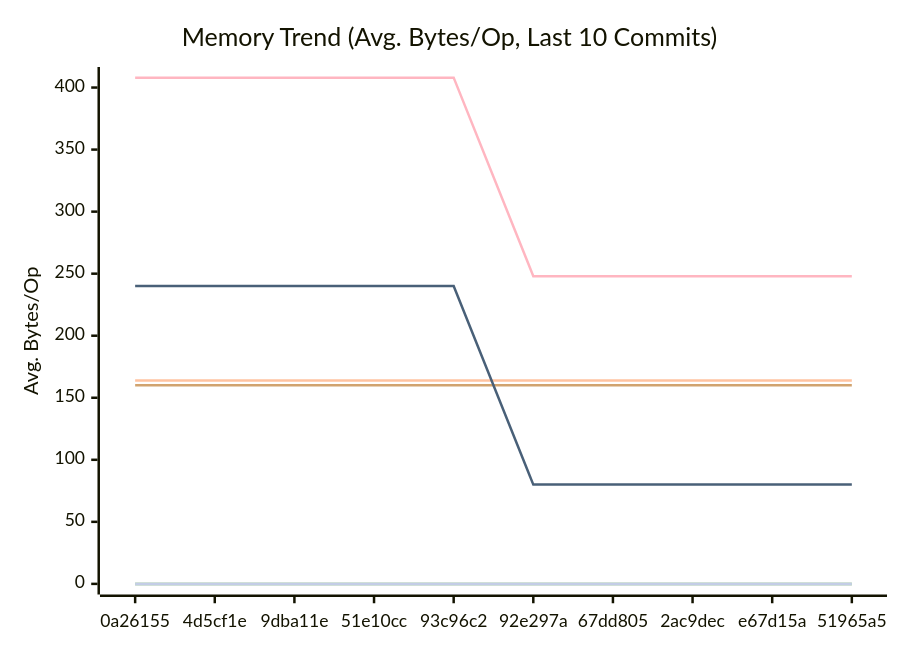
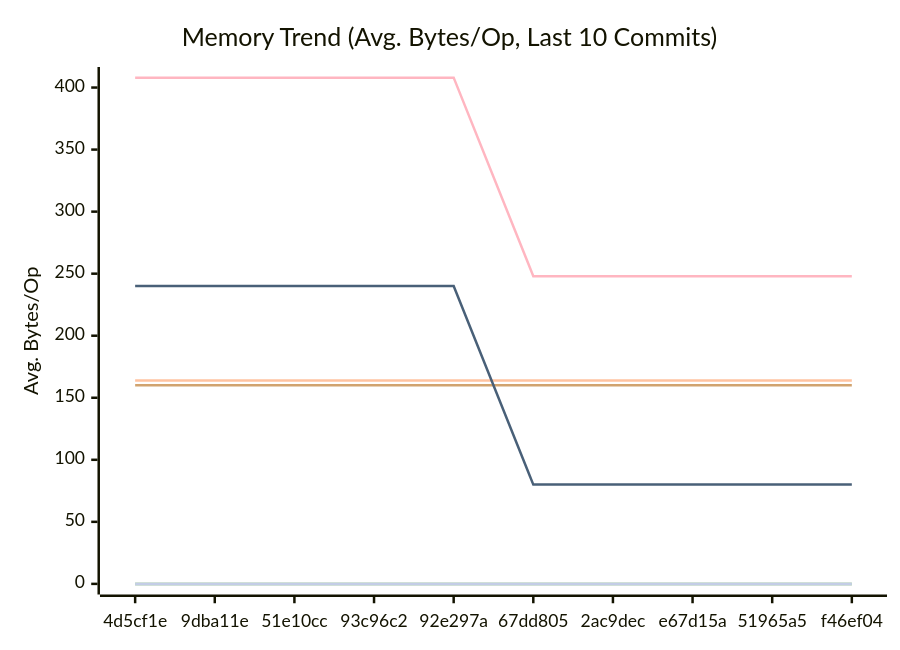
Before and after one commit to alsotoes/momo: the second of 3 diagrams in docs/PERFORMANCE.md, drawn with Mermaid. The commit also changed other lines of this file and 1 other file, not shown here.

````diff
--- a/docs/PERFORMANCE.md
+++ b/docs/PERFORMANCE.md
@@ -97,16 +97,16 @@
 ```mermaid
 xychart-beta
     title "Memory Trend (Avg. Bytes/Op, Last 10 Commits)"
     x-axis "Commit"
     y-axis "Avg. Bytes/Op"
-    x-axis [0a26155,4d5cf1e,9dba11e,51e10cc,93c96c2,92e297a,67dd805,2ac9dec,e67d15a,51965a5]
+    x-axis [4d5cf1e,9dba11e,51e10cc,93c96c2,92e297a,67dd805,2ac9dec,e67d15a,51965a5,f46ef04]
     line "CheckMetricsAndSwap" [0,0,0,0,0,0,0,0,0,0]
     line "CrushOptimized" [0,0,0,0,0,0,0,0,0,0]
     line "CrushOriginal" [164,164,164,164,164,164,164,164,164,164]
     line "IndexDirectTracking" [0,0,0,0,0,0,0,0,0,0]
     line "IndexSearch" [0,0,0,0,0,0,0,0,0,0]
     line "LoadGlobalConfig" [160,160,160,160,160,160,160,160,160,160]
     line "PadString" [0,0,0,0,0,0,0,0,0,0]
     line "ParseReplicationOrder_NoPrealloc" [408,408,408,408,408,248,248,248,248,248]
     line "ParseReplicationOrder_Prealloc" [240,240,240,240,240,80,80,80,80,80]
 ```
````
